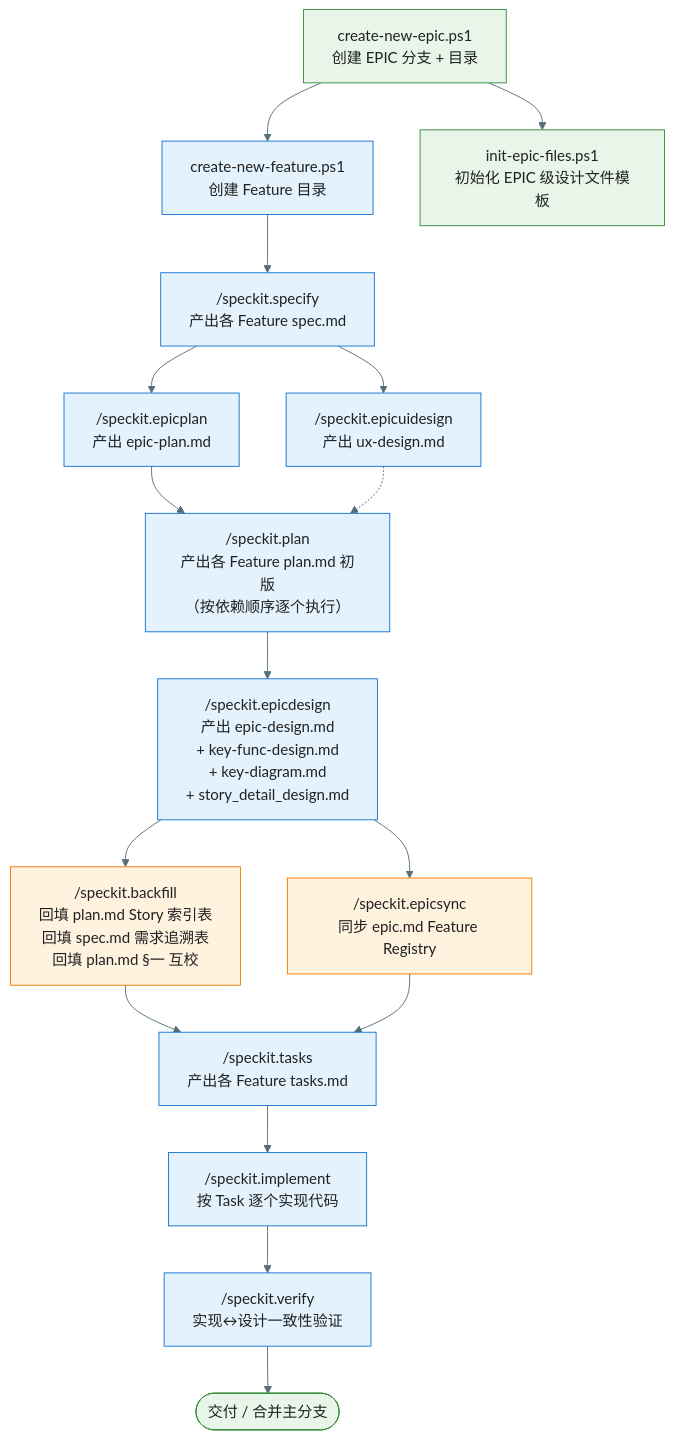
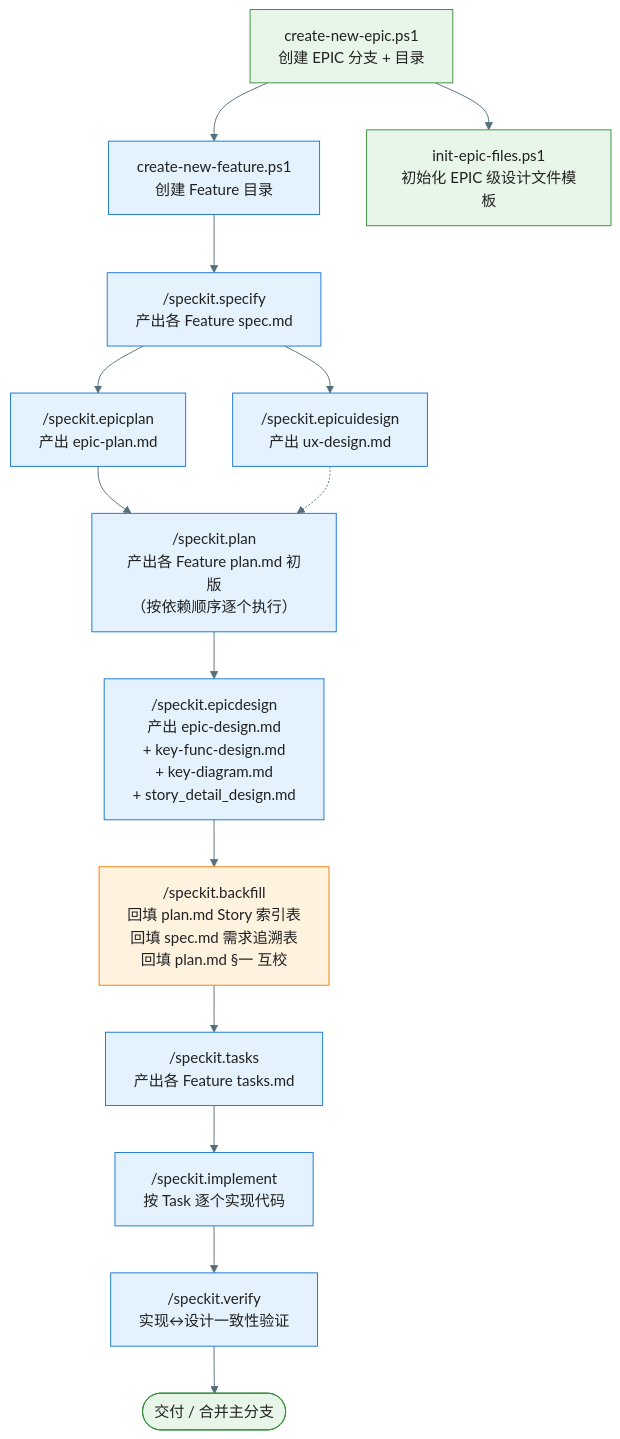
Before and after one commit to jackykarma/Verity: the third of 5 diagrams in .specify/workflow-overview.md, drawn with Mermaid. The commit also changed other lines of this file and 23 other files, not shown here.

First line of the commit message:
🔧 chore(speckit): 更新工作流、移除 epicsync、新增 PRD/需求规格技能与文档模板

````diff
--- a/.specify/workflow-overview.md
+++ b/.specify/workflow-overview.md
@@ -148,25 +148,22 @@
 ```mermaid
 %%{init: {'theme': 'base', 'themeVariables': { 'primaryColor': '#E3F2FD', 'primaryTextColor': '#212121', 'primaryBorderColor': '#1976D2', 'lineColor': '#546E7A'}}}%%
 flowchart TD
     Step1["create-new-epic.ps1<br/>创建 EPIC 分支 + 目录"] --> Step2["create-new-feature.ps1<br/>创建 Feature 目录"]
     Step1 --> Step1b["init-epic-files.ps1<br/>初始化 EPIC 级设计文件模板"]
     Step2 --> Step3["/speckit.specify<br/>产出各 Feature spec.md"]
     Step3 --> Step4["/speckit.epicplan<br/>产出 epic-plan.md"]
     Step3 --> Step5["/speckit.epicuidesign<br/>产出 ux-design.md"]
     Step4 --> Step6["/speckit.plan<br/>产出各 Feature plan.md 初版<br/>（按依赖顺序逐个执行）"]
     Step5 -.-> Step6
     Step6 --> Step7["/speckit.epicdesign<br/>产出 epic-design.md<br/>+ key-func-design.md<br/>+ key-diagram.md<br/>+ story_detail_design.md"]
     Step7 --> Step8["/speckit.backfill<br/>回填 plan.md Story 索引表<br/>回填 spec.md 需求追溯表<br/>回填 plan.md §一 互校"]
-    Step7 --> Step9["/speckit.epicsync<br/>同步 epic.md Feature Registry"]
-    Step8 --> Step10["/speckit.tasks<br/>产出各 Feature tasks.md"]
-    Step9 --> Step10
-    Step10 --> Step11["/speckit.implement<br/>按 Task 逐个实现代码"]
-    Step11 --> Step12["/speckit.verify<br/>实现↔设计一致性验证"]
-    Step12 --> Step13([交付 / 合并主分支])
+    Step8 --> Step9["/speckit.tasks<br/>产出各 Feature tasks.md"]
+    Step9 --> Step10["/speckit.implement<br/>按 Task 逐个实现代码"]
+    Step10 --> Step11["/speckit.verify<br/>实现↔设计一致性验证"]
+    Step11 --> Step12([交付 / 合并主分支])
 
     style Step1 fill:#E8F5E9,stroke:#388E3C
     style Step1b fill:#E8F5E9,stroke:#388E3C
-    style Step13 fill:#E8F5E9,stroke:#388E3C
+    style Step12 fill:#E8F5E9,stroke:#388E3C
     style Step8 fill:#FFF3E0,stroke:#F57C00
-    style Step9 fill:#FFF3E0,stroke:#F57C00
 ```
````
